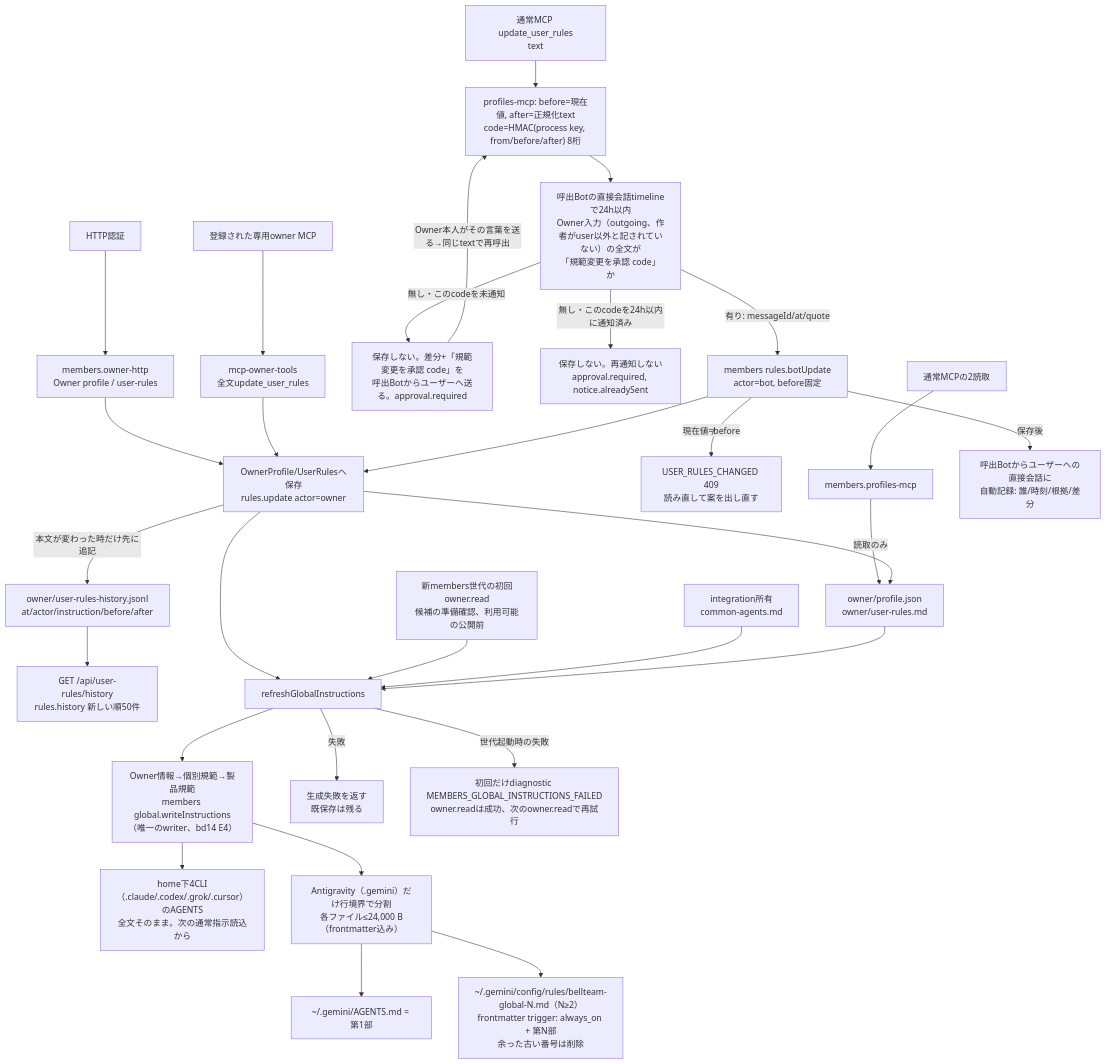
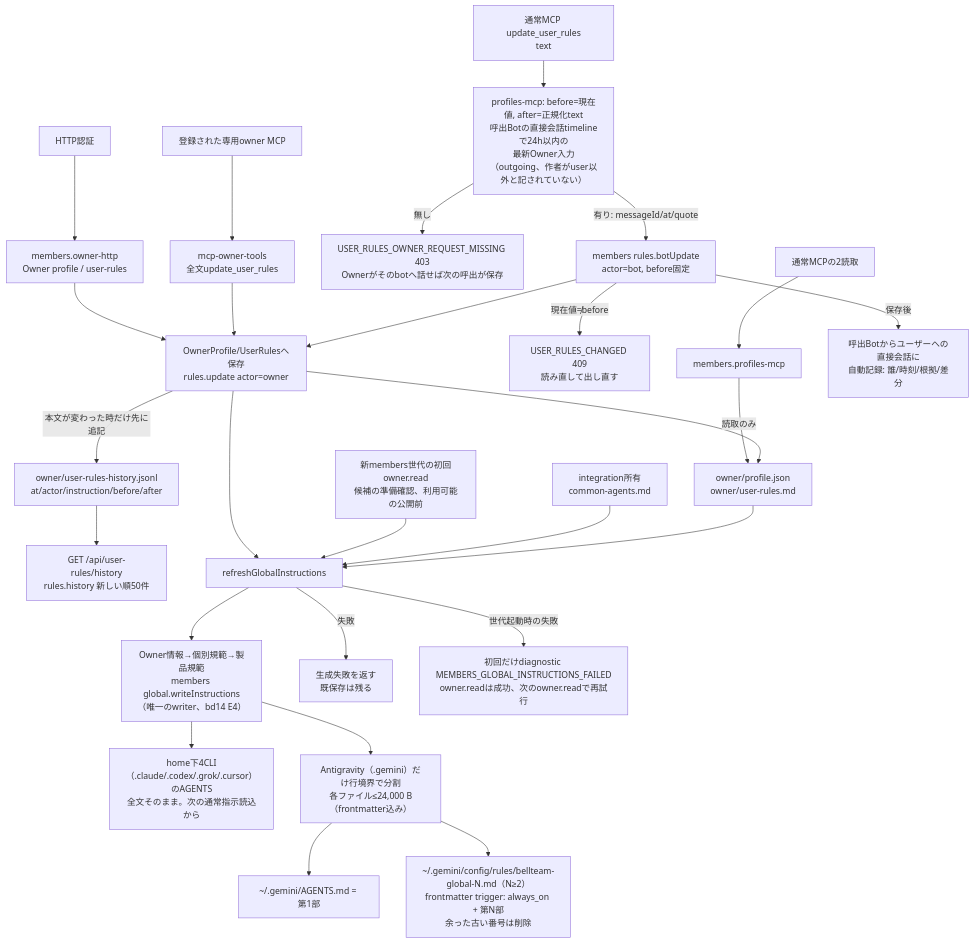
The first of 3 diagrams in docs/architecture/modules/members/instructions.md (kitepon/BellTeam), drawn with Mermaid before and after one commit. The commit also changed other lines of this file and 6 other files, not shown here.

First line of the commit message:
members: update_user_rules saves on the first call, citing the Owner's own message

````diff
--- a/docs/architecture/modules/members/instructions.md
+++ b/docs/architecture/modules/members/instructions.md
@@ -5,32 +5,29 @@
 ```mermaid
 flowchart TD
   Http["HTTP認証"] --> Owner["members.owner-http<br/>Owner profile / user-rules"]
   Read["通常MCPの2読取"] --> Member["members.profiles-mcp"]
-  BotWrite["通常MCP update_user_rules<br/>text"] --> Code["profiles-mcp: before=現在値, after=正規化text<br/>code=HMAC(process key, from/before/after) 8桁"]
-  Code --> Proof["呼出Botの直接会話timelineで24h以内<br/>Owner入力（outgoing、作者がuser以外と記されていない）の全文が<br/>「規範変更を承認 code」か"]
-  Proof -->|"無し・このcodeを未通知"| Proposal["保存しない。差分+「規範変更を承認 code」を<br/>呼出Botからユーザーへ送る。approval.required"]
-  Proof -->|"無し・このcodeを24h以内に通知済み"| Pending["保存しない。再通知しない<br/>approval.required, notice.alreadySent"]
-  Proposal -->|"Owner本人がその言葉を送る→同じtextで再呼出"| Code
+  BotWrite["通常MCP update_user_rules<br/>text"] --> Proof["profiles-mcp: before=現在値, after=正規化text<br/>呼出Botの直接会話timelineで24h以内の<br/>最新Owner入力（outgoing、作者がuser以外と記されていない）"]
+  Proof -->|"無し"| Missing["USER_RULES_OWNER_REQUEST_MISSING 403<br/>Ownerがそのbotへ話せば次の呼出が保存"]
   Proof -->|"有り: messageId/at/quote"| BotSave["members rules.botUpdate<br/>actor=bot, before固定"]
-  BotSave -->|"現在値≠before"| Changed["USER_RULES_CHANGED 409<br/>読み直して案を出し直す"]
+  BotSave -->|"現在値≠before"| Changed["USER_RULES_CHANGED 409<br/>読み直して出し直す"]
   Dedicated["登録された専用owner MCP"] --> Rules["mcp-owner-tools<br/>全文update_user_rules"]
   Owner --> Save["OwnerProfile/UserRulesへ保存<br/>rules.update actor=owner"]
   Rules --> Save
   BotSave --> Save
   Member -->|"読取のみ"| Data["owner/profile.json<br/>owner/user-rules.md"]
   Save -->|"本文が変わった時だけ先に追記"| History["owner/user-rules-history.jsonl<br/>at/actor/instruction/before/after"]
   Save --> Data
   History --> HistoryApi["GET /api/user-rules/history<br/>rules.history 新しい順50件"]
   BotSave -->|"保存後"| Notice["呼出Botからユーザーへの直接会話に<br/>自動記録: 誰/時刻/根拠/差分"]
   Save --> Refresh["refreshGlobalInstructions"]
   Generation["新members世代の初回owner.read<br/>候補の準備確認、利用可能の公開前"] --> Refresh
   Common["integration所有<br/>common-agents.md"] --> Refresh
   Data --> Refresh
   Refresh --> Write["Owner情報→個別規範→製品規範<br/>members global.writeInstructions（唯一のwriter、bd14 E4）"]
   Write --> Globals["home下4CLI（.claude/.codex/.grok/.cursor）のAGENTS<br/>全文そのまま。次の通常指示読込から"]
   Write --> Split["Antigravity（.gemini）だけ行境界で分割<br/>各ファイル≤24,000 B（frontmatter込み）"]
   Split --> GeminiMain["~/.gemini/AGENTS.md = 第1部"]
   Split --> GeminiRules["~/.gemini/config/rules/bellteam-global-N.md（N≥2）<br/>frontmatter trigger: always_on + 第N部<br/>余った古い番号は削除"]
   Refresh -->|"失敗"| Failure["生成失敗を返す<br/>既保存は残る"]
   Refresh -->|"世代起動時の失敗"| Diagnostic["初回だけdiagnostic MEMBERS_GLOBAL_INSTRUCTIONS_FAILED<br/>owner.readは成功、次のowner.readで再試行"]
 ```
````
